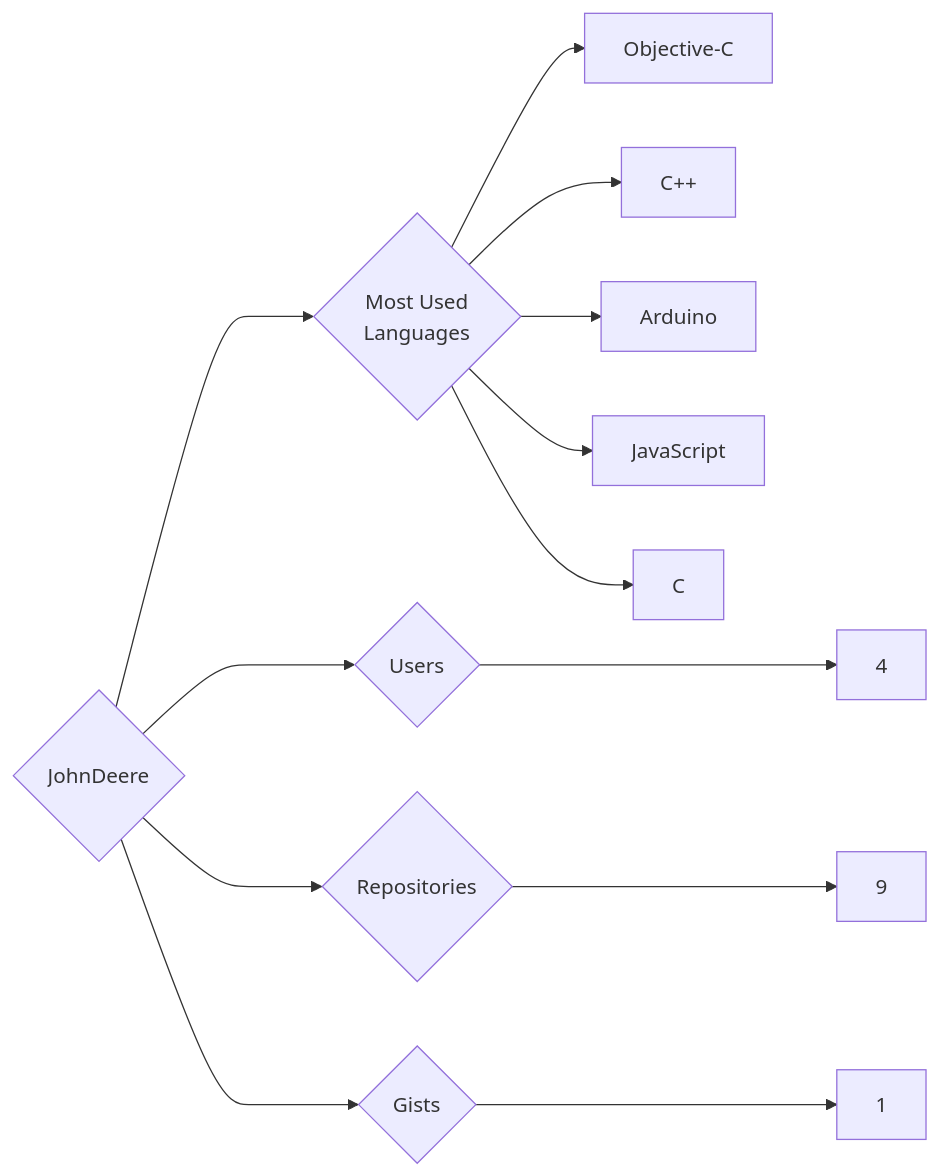
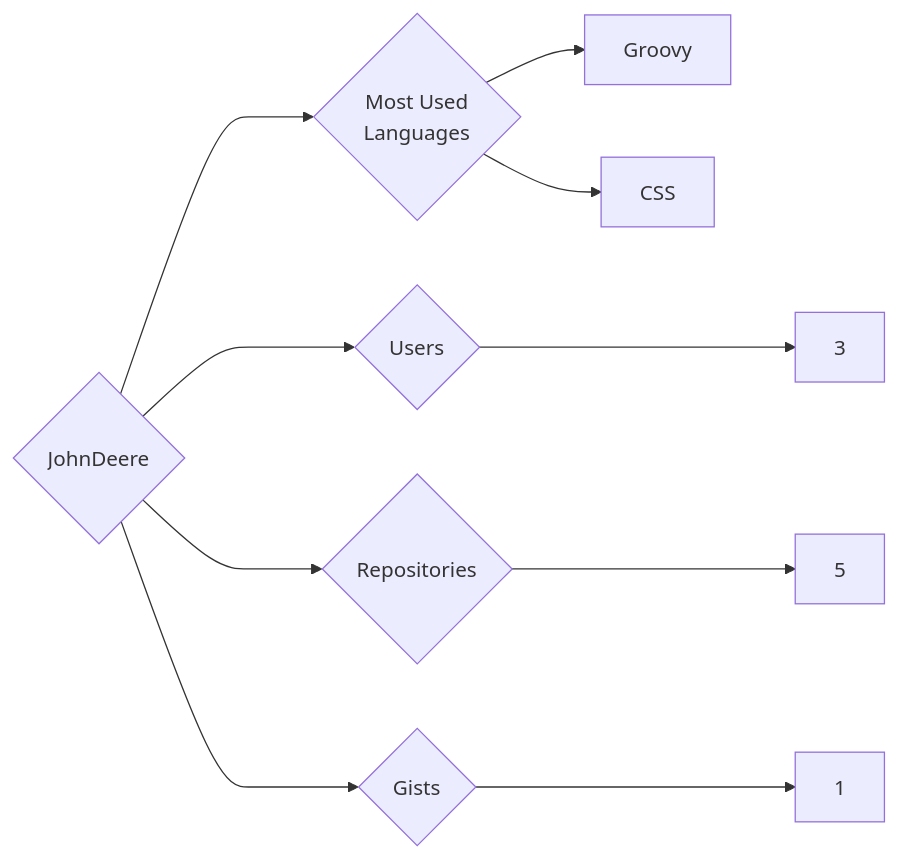
One commit to trickest/insiders changed the diagram in targets/JohnDeere/README.md. Above: the diagram before and after it, drawn with Mermaid. The commit also changed 1389 other files, not shown here.

````diff
--- a/targets/JohnDeere/README.md
+++ b/targets/JohnDeere/README.md
@@ -3,13 +3,10 @@
 ```mermaid
 graph LR
 COMPANY_NAME{JohnDeere}
-COMPANY_NAME ---> U{Users} ---> UN[4]
-COMPANY_NAME ---> R{Repositories} ---> RN[9]
+COMPANY_NAME ---> U{Users} ---> UN[3]
+COMPANY_NAME ---> R{Repositories} ---> RN[5]
 COMPANY_NAME ---> G{Gists} ---> GN[1]
 COMPANY_NAME ---> ML{Most Used<br>Languages}
-ML --> Objective-C[Objective-C]
-ML --> C++[C++]
-ML --> Arduino[Arduino]
-ML --> JavaScript[JavaScript]
-ML --> C[C]
+ML --> Groovy[Groovy]
+ML --> CSS[CSS]
 ```
````
